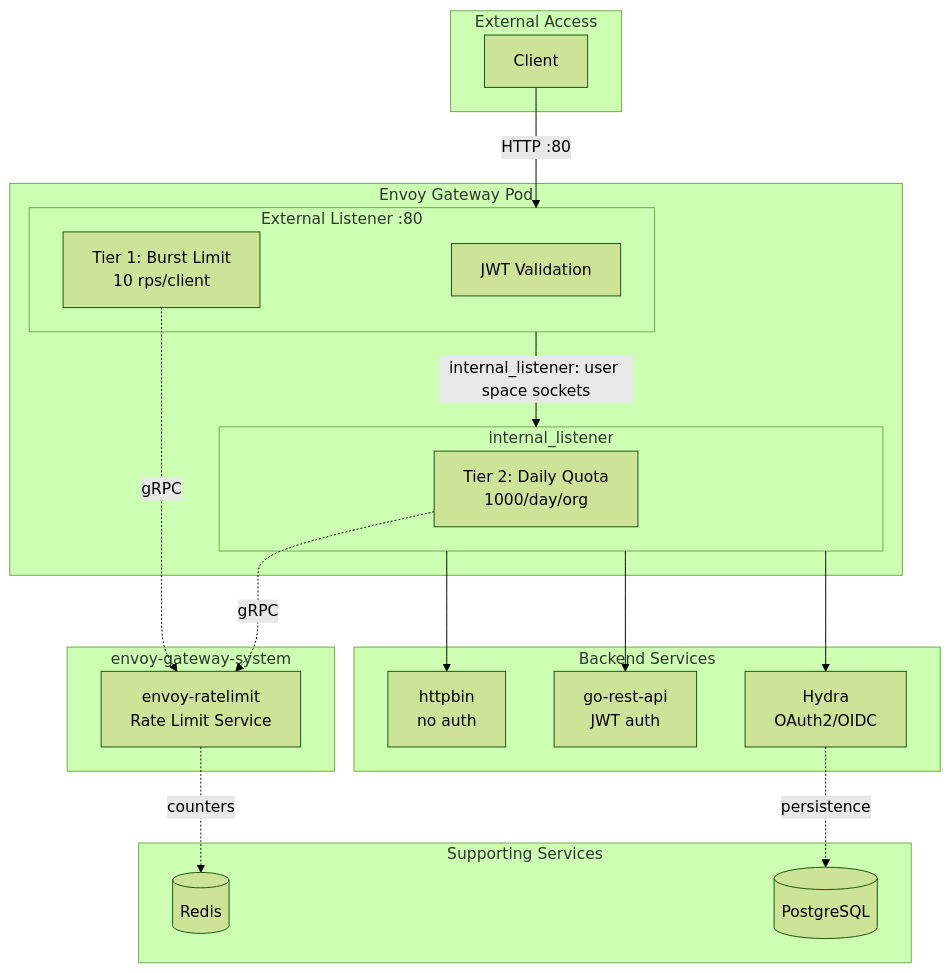
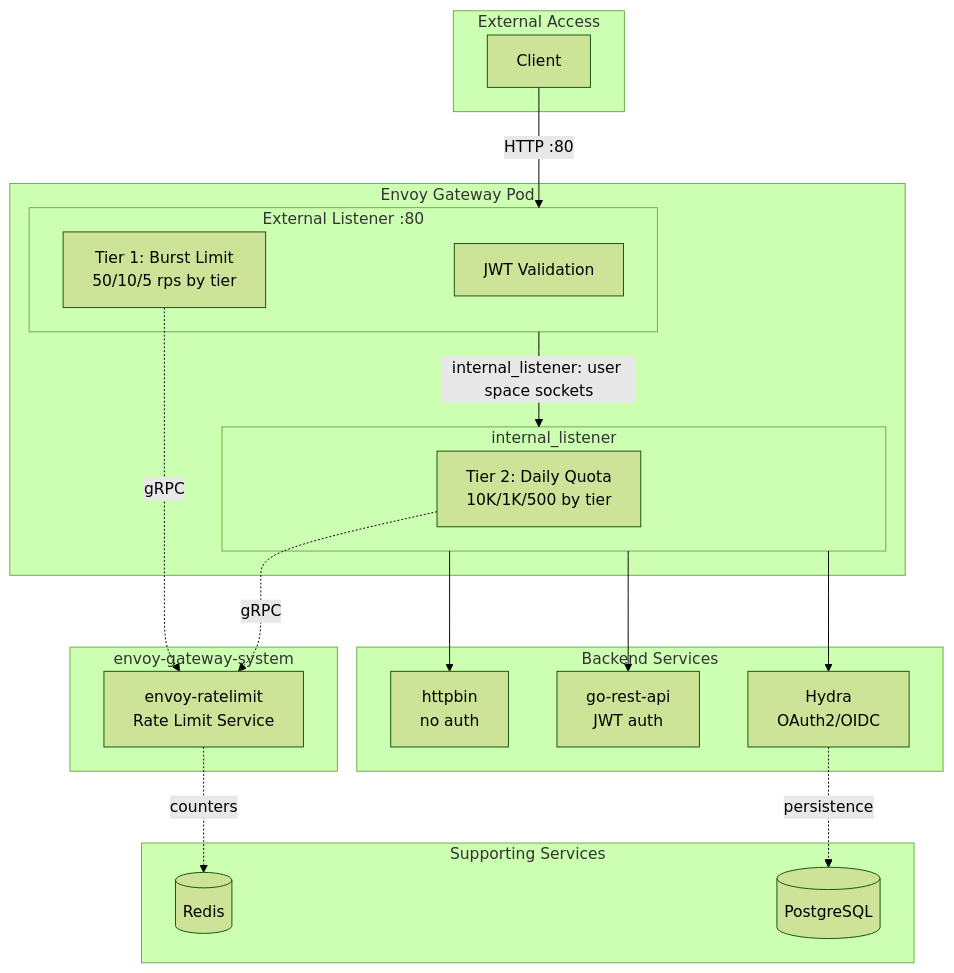
Before and after one commit to sam-bercovici/test-apisix: the first of 4 diagrams in requirements/demo-gateway-requirements.md, drawn with Mermaid (forest theme). The commit also changed other lines of this file and 4 other files, not shown here.

````diff
--- a/requirements/demo-gateway-requirements.md
+++ b/requirements/demo-gateway-requirements.md
@@ -82,42 +90,42 @@
 ```mermaid
 flowchart TB
     subgraph External["External Access"]
         Client[Client]
     end
 
     subgraph EG["Envoy Gateway Pod"]
         subgraph T1["External Listener :80"]
             JWT[JWT Validation]
-            Burst[Tier 1: Burst Limit<br/>10 rps/client]
+            Burst[Tier 1: Burst Limit<br/>50/10/5 rps by tier]
         end
         subgraph T2["internal_listener"]
-            Quota[Tier 2: Daily Quota<br/>1000/day/org]
+            Quota[Tier 2: Daily Quota<br/>10K/1K/500 by tier]
         end
     end
 
     subgraph RateLimitSvc["envoy-gateway-system"]
         RLS[envoy-ratelimit<br/>Rate Limit Service]
     end
 
     subgraph Backends["Backend Services"]
         httpbin[httpbin<br/>no auth]
         gorest[go-rest-api<br/>JWT auth]
         hydra[Hydra<br/>OAuth2/OIDC]
     end
 
     subgraph Storage["Supporting Services"]
         Redis[(Redis)]
         PG[(PostgreSQL)]
     end
 
     Client -->|HTTP :80| T1
     T1 -->|internal_listener: user space sockets| T2
     T2 --> httpbin
     T2 --> gorest
     T2 --> hydra
 
     Burst -.->|gRPC| RLS
     Quota -.->|gRPC| RLS
     RLS -.->|counters| Redis
     hydra -.->|persistence| PG
 ```
````
